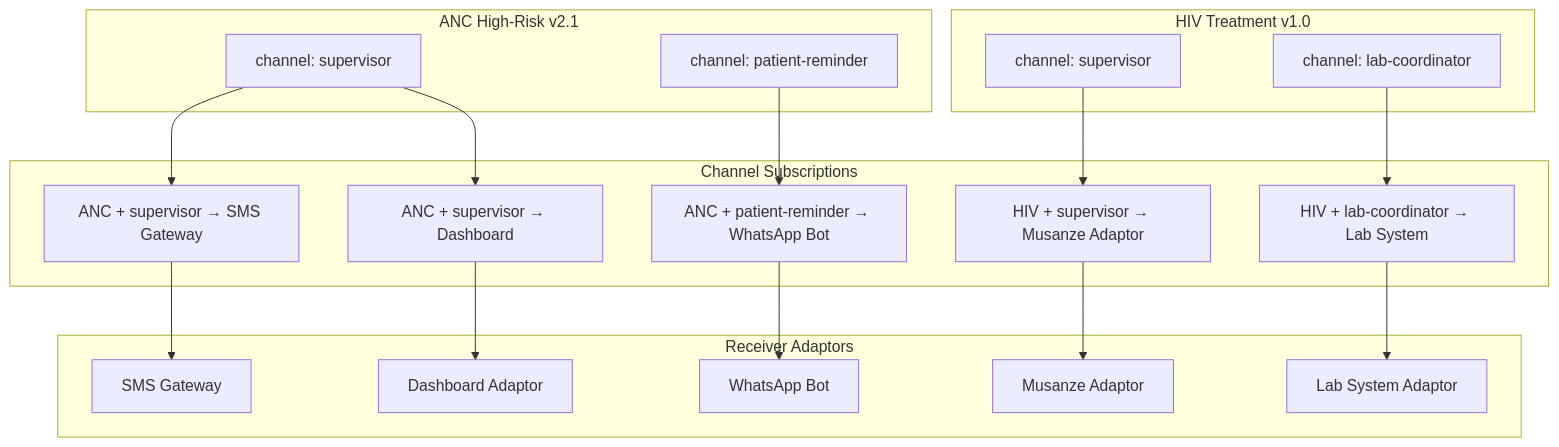
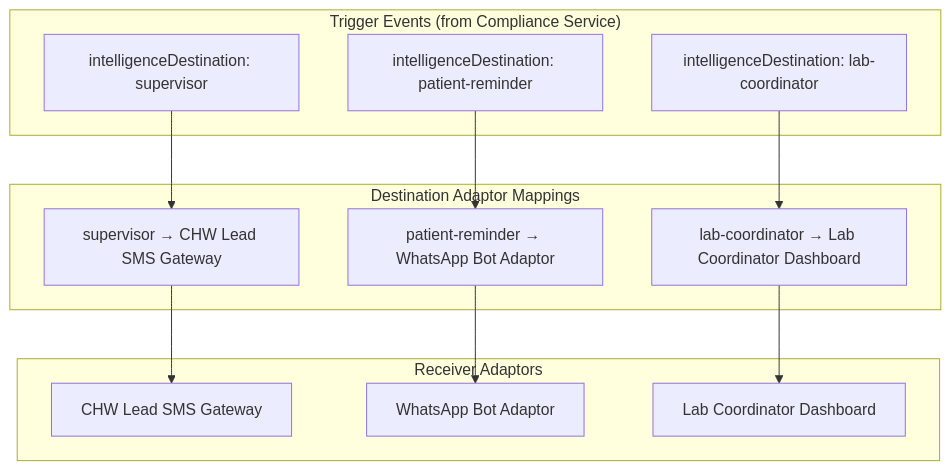
Before and after one commit to Jayaprakash8887/cce-intelligence-service: the fourth of 12 diagrams in docs/flow-diagrams.md, drawn with Mermaid. The commit also changed other lines of this file and 39 other files, not shown here.

First line of the commit message:
feat: Refactor channel subscription to destination adaptor mapping

````diff
--- a/docs/flow-diagrams.md
+++ b/docs/flow-diagrams.md
@@ -165,34 +123,24 @@
 ```mermaid
 flowchart TD
-    subgraph "ANC High-Risk v2.1"
-        P1T1["channel: supervisor"]
-        P1T2["channel: patient-reminder"]
+    subgraph "Trigger Events (from Compliance Service)"
+        T1["intelligenceDestination: supervisor"]
+        T2["intelligenceDestination: patient-reminder"]
+        T3["intelligenceDestination: lab-coordinator"]
     end
 
-    subgraph "HIV Treatment v1.0"
-        P2T1["channel: supervisor"]
-        P2T2["channel: lab-coordinator"]
+    subgraph "Destination Adaptor Mappings"
+        M1["supervisor → CHW Lead SMS Gateway"]
+        M2["patient-reminder → WhatsApp Bot Adaptor"]
+        M3["lab-coordinator → Lab Coordinator Dashboard"]
     end
 
-    subgraph Channel Subscriptions
-        TS1["ANC + supervisor → SMS Gateway"]
-        TS2["ANC + supervisor → Dashboard"]
-        TS3["ANC + patient-reminder → WhatsApp Bot"]
-        TS4["HIV + supervisor → Musanze Adaptor"]
-        TS5["HIV + lab-coordinator → Lab System"]
+    subgraph "Receiver Adaptors"
+        A1["CHW Lead SMS Gateway"]
+        A2["WhatsApp Bot Adaptor"]
+        A3["Lab Coordinator Dashboard"]
     end
 
-    subgraph Receiver Adaptors
-        A1["SMS Gateway"]
-        A2["Dashboard Adaptor"]
-        A3["WhatsApp Bot"]
-        A4["Musanze Adaptor"]
-        A5["Lab System Adaptor"]
-    end
-
-    P1T1 --> TS1 --> A1
-    P1T1 --> TS2 --> A2
-    P1T2 --> TS3 --> A3
-    P2T1 --> TS4 --> A4
-    P2T2 --> TS5 --> A5
+    T1 --> M1 --> A1
+    T2 --> M2 --> A2
+    T3 --> M3 --> A3
 ```
````
